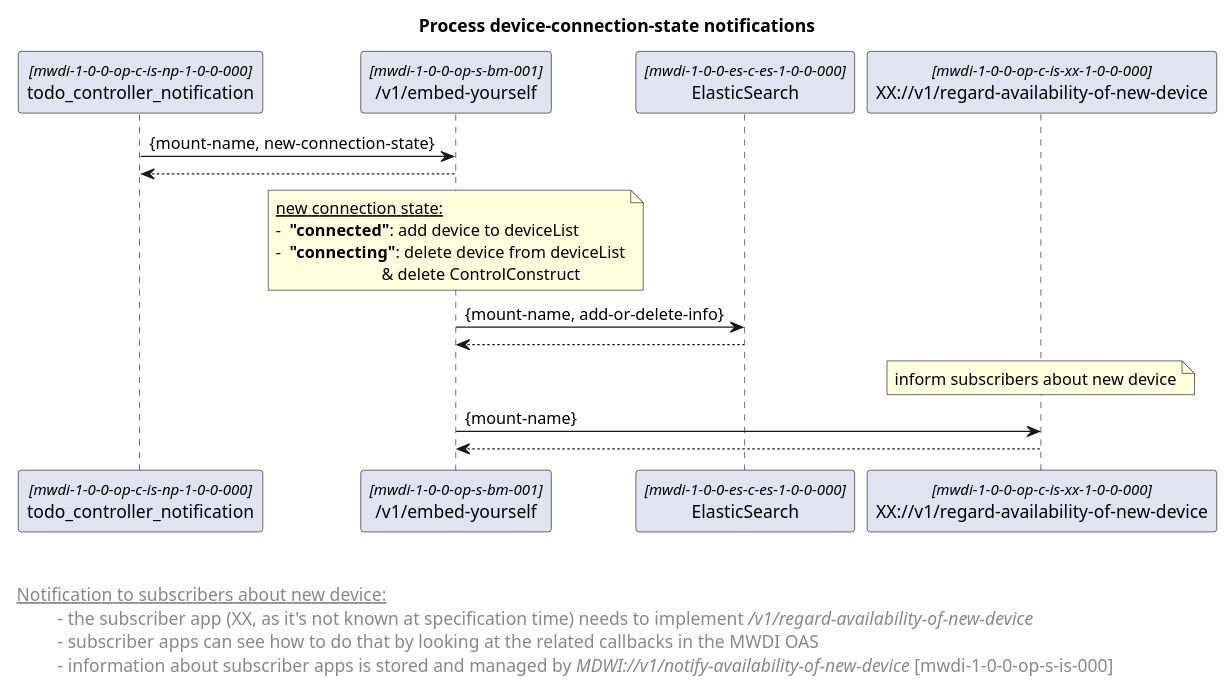
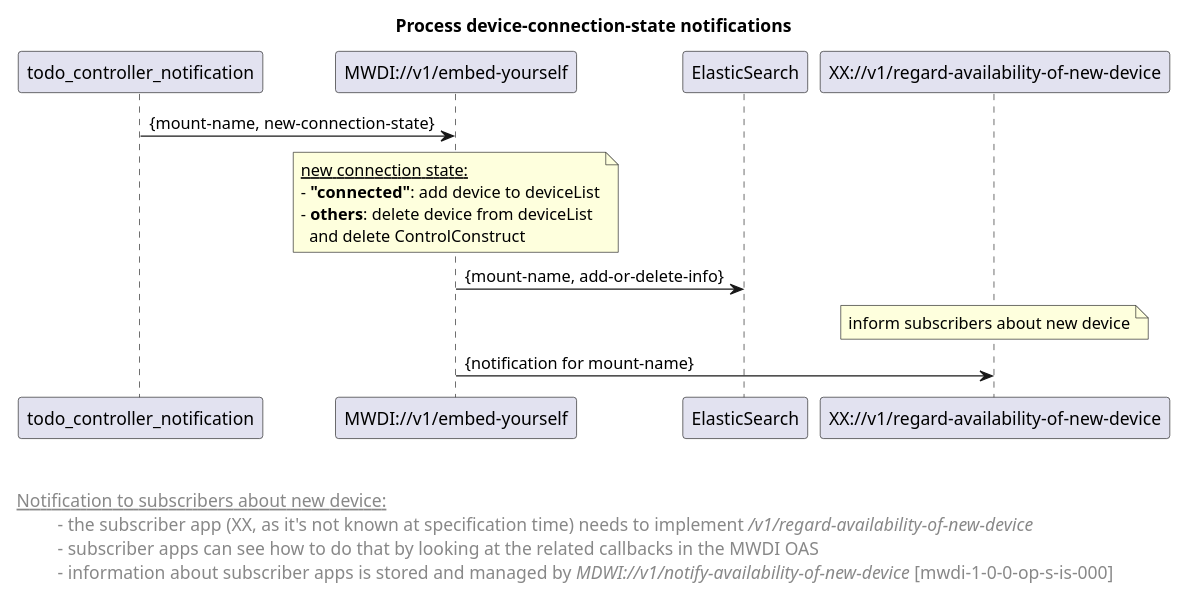
Before and after one commit to openBackhaul/MicroWaveDeviceInventory: the diagram in spec/diagrams/02x_forwardingProcessControllerNotifications.plantuml, drawn with PlantUML. The commit also changed 6 other files, not shown here.

```diff
--- a/spec/diagrams/02x_forwardingProcessControllerNotifications.plantuml
+++ b/spec/diagrams/02x_forwardingProcessControllerNotifications.plantuml
@@ -1,53 +1,52 @@
 @startuml
 skinparam responseMessageBelowArrow true
 skinparam guillemet [ ]
 skinparam participant {
   StereotypeFontSize 12  
 }
+hide stereotype
 
 title Process device-connection-state notifications
 
 
 'participants
 participant "todo_controller_notification" as npConnectionStatusNotif <<mwdi-1-0-0-op-c-is-np-1-0-0-000>>
-participant "/v1/embed-yourself" as mwdi <<mwdi-1-0-0-op-s-bm-001>>
+participant "MWDI://v1/embed-yourself" as mwdi <<mwdi-1-0-0-op-s-bm-001>>
 participant "ElasticSearch" as es <<mwdi-1-0-0-es-c-es-1-0-0-000>>
 participant "XX://v1/regard-availability-of-new-device" as notificationToXX <<mwdi-1-0-0-op-c-is-xx-1-0-0-000>>
 
 
 npConnectionStatusNotif -> mwdi: {mount-name, new-connection-state}
-mwdi --> npConnectionStatusNotif
 
 note over mwdi
  <u>new connection state:</u>
- - <b> "connected"</b>: add device to deviceList
- - <b> "connecting"</b>: delete device from deviceList
-                          & delete ControlConstruct
+ - <b>"connected"</b>: add device to deviceList
+ - <b>others</b>: delete device from deviceList
+   and delete ControlConstruct
 end note
 
 mwdi -> es: {mount-name, add-or-delete-info}
-es --> mwdi
 
 'inform subscribers about new device
 note over notificationToXX: inform subscribers about new device
-mwdi -> notificationToXX: {mount-name}
-notificationToXX --> mwdi
+mwdi -> notificationToXX: {notification for mount-name}
+
 
 
 left footer 
 
 
 <u> Notification to subscribers about new device:</u>
 \t  - the subscriber app (XX, as it's not known at specification time) needs to implement <i>/v1/regard-availability-of-new-device</i>
 \t  - subscriber apps can see how to do that by looking at the related callbacks in the MWDI OAS 
 \t  - information about subscriber apps is stored and managed by <i>MDWI://v1/notify-availability-of-new-device</i> [mwdi-1-0-0-op-s-is-000]
 end footer
 
 <style>
 footer {
   HorizontalAlignment left
   FontSize 14
 }
 </style>
 
 @enduml
```
